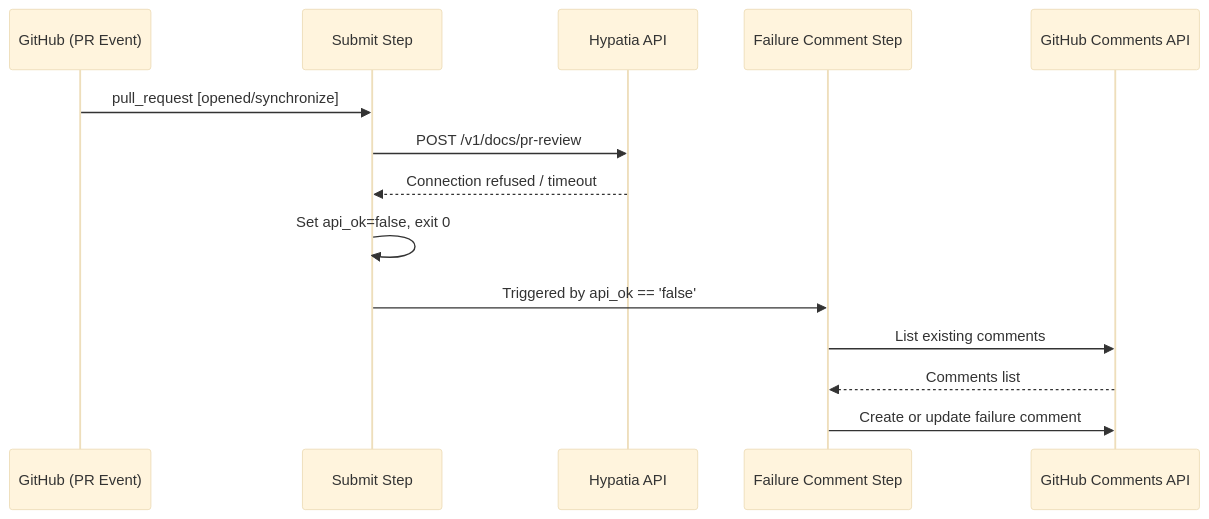
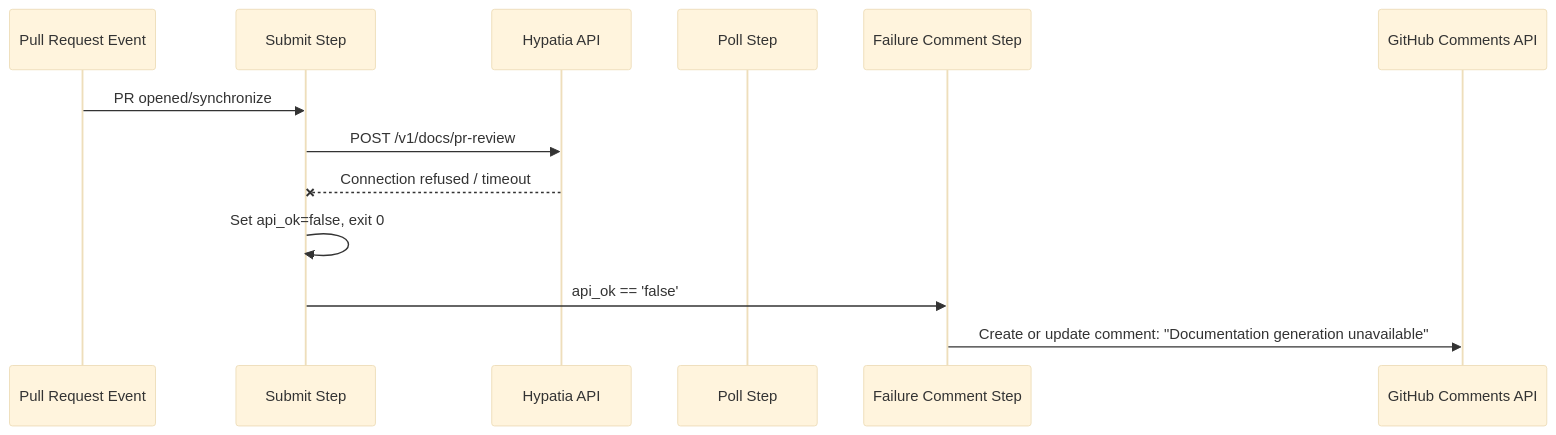
Before and after one commit to cornelisnetworks/opa-psm2-tests: the fourth of 4 diagrams in docs/.github-workflows.md, drawn with Mermaid (base theme). The commit also changed other lines of this file and 1 other file, not shown here.

Commit message:
docs: auto-generate documentation for PR #1 [skip ci]

````diff
--- a/docs/.github-workflows.md
+++ b/docs/.github-workflows.md
@@ -87,17 +85,16 @@
 ```mermaid
 sequenceDiagram
-    participant GH as GitHub (PR Event)
+    participant PR as Pull Request Event
     participant Submit as Submit Step
-    participant Hypatia as Hypatia API
-    participant FailComment as Failure Comment Step
-    participant GHAPI as GitHub Comments API
+    participant API as Hypatia API
+    participant Poll as Poll Step
+    participant Fail as Failure Comment Step
+    participant GH as GitHub Comments API
 
-    GH->>Submit: pull_request [opened/synchronize]
-    Submit->>Hypatia: POST /v1/docs/pr-review
-    Hypatia-->>Submit: Connection refused / timeout
+    PR->>Submit: PR opened/synchronize
+    Submit->>API: POST /v1/docs/pr-review
+    API--xSubmit: Connection refused / timeout
     Submit->>Submit: Set api_ok=false, exit 0
-    Submit->>FailComment: Triggered by api_ok == 'false'
-    FailComment->>GHAPI: List existing comments
-    GHAPI-->>FailComment: Comments list
-    FailComment->>GHAPI: Create or update failure comment
+    Submit->>Fail: api_ok == 'false'
+    Fail->>GH: Create or update comment: "Documentation generation unavailable"
 ```
````
